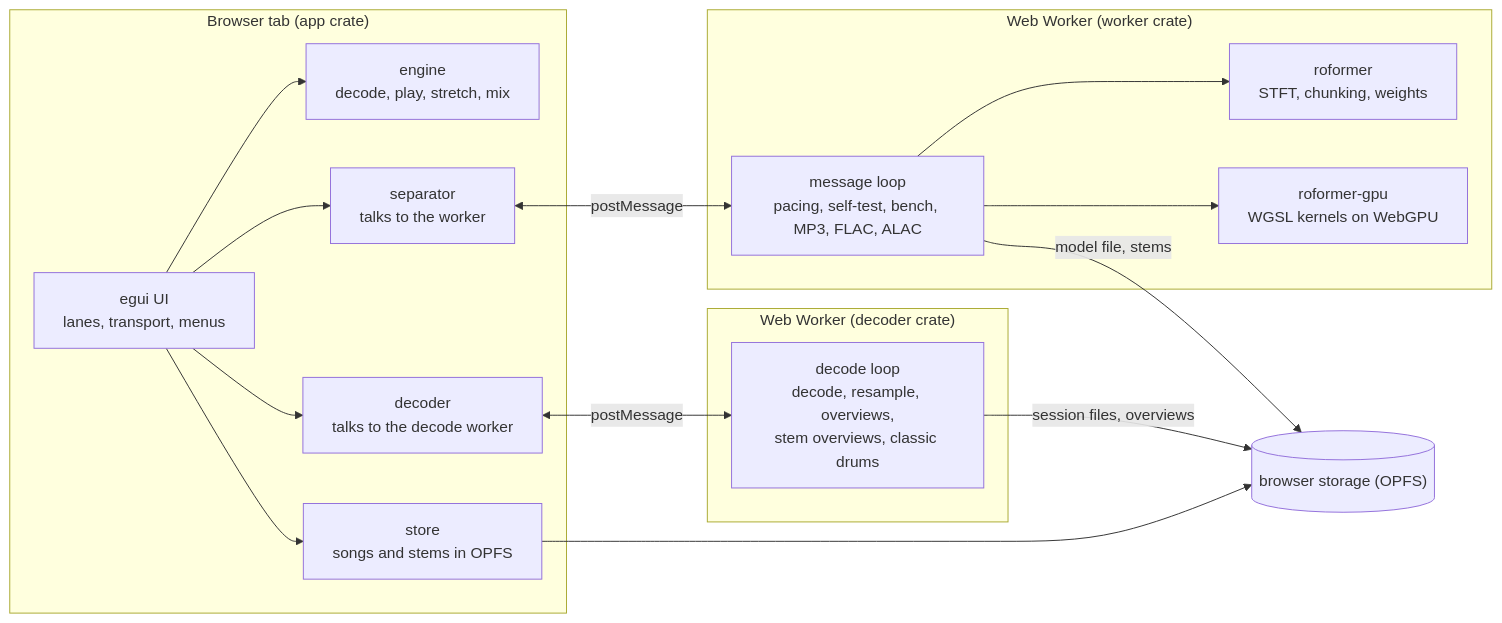
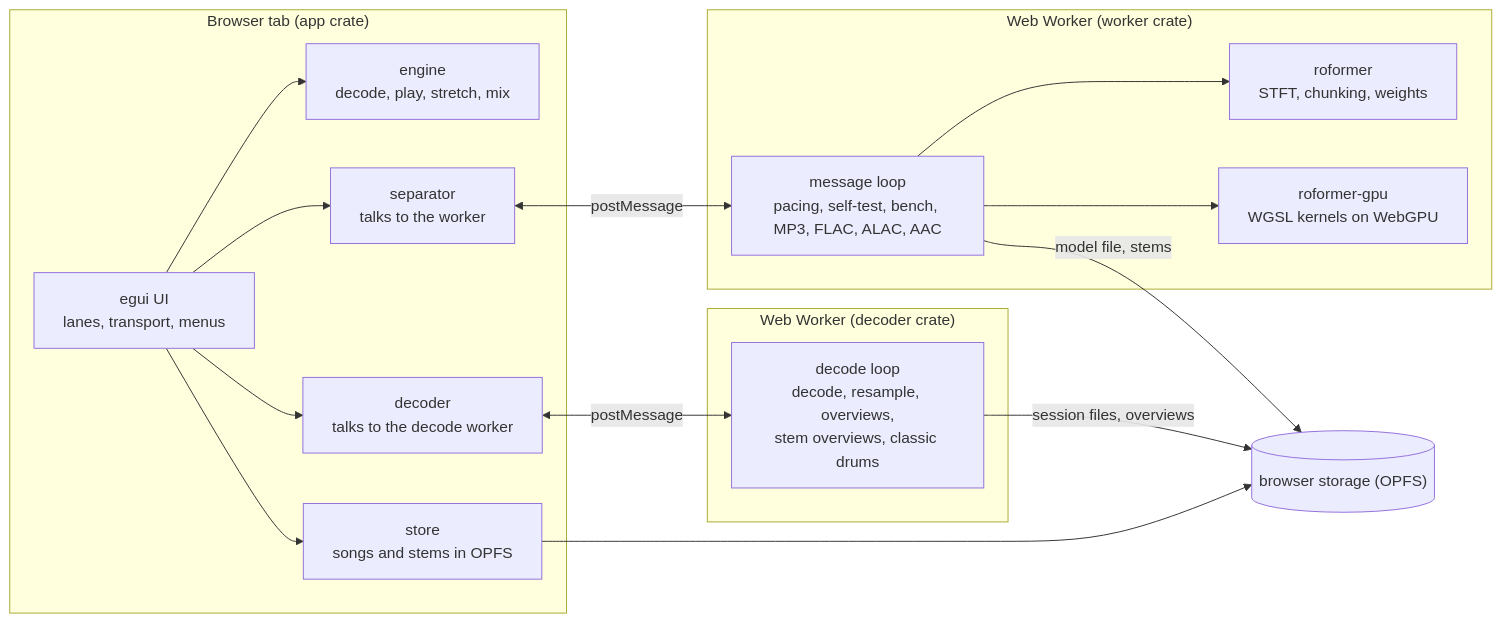
One commit to lloydmeta/stemyla changed the first of 5 diagrams in docs/ARCHITECTURE.md. Above: the diagram before and after it, drawn with Mermaid. The commit also changed other lines of this file and 15 other files, not shown here.

````diff
--- a/docs/ARCHITECTURE.md
+++ b/docs/ARCHITECTURE.md
@@ -5,29 +5,29 @@
 ```mermaid
 flowchart LR
   subgraph page["Browser tab (app crate)"]
     UI["egui UI<br/>lanes, transport, menus"]
     ENG["engine<br/>decode, play, stretch, mix"]
     STORE["store<br/>songs and stems in OPFS"]
     SEP["separator<br/>talks to the worker"]
     DEC["decoder<br/>talks to the decode worker"]
   end
   subgraph decoder["Web Worker (decoder crate)"]
     DW["decode loop<br/>decode, resample, overviews,<br/>stem overviews, classic drums"]
   end
   subgraph worker["Web Worker (worker crate)"]
-    W["message loop<br/>pacing, self-test, bench, MP3, FLAC, ALAC"]
+    W["message loop<br/>pacing, self-test, bench, MP3, FLAC, ALAC, AAC"]
     RF["roformer<br/>STFT, chunking, weights"]
     GPU["roformer-gpu<br/>WGSL kernels on WebGPU"]
   end
   UI --> ENG
   UI --> STORE
   UI --> SEP
   UI --> DEC
   SEP <-->|postMessage| W
   DEC <-->|postMessage| DW
   DW -->|session files, overviews| OPFS
   W --> RF
   W --> GPU
   W -->|model file, stems| OPFS[("browser storage (OPFS)")]
   STORE --> OPFS
 ```
````
